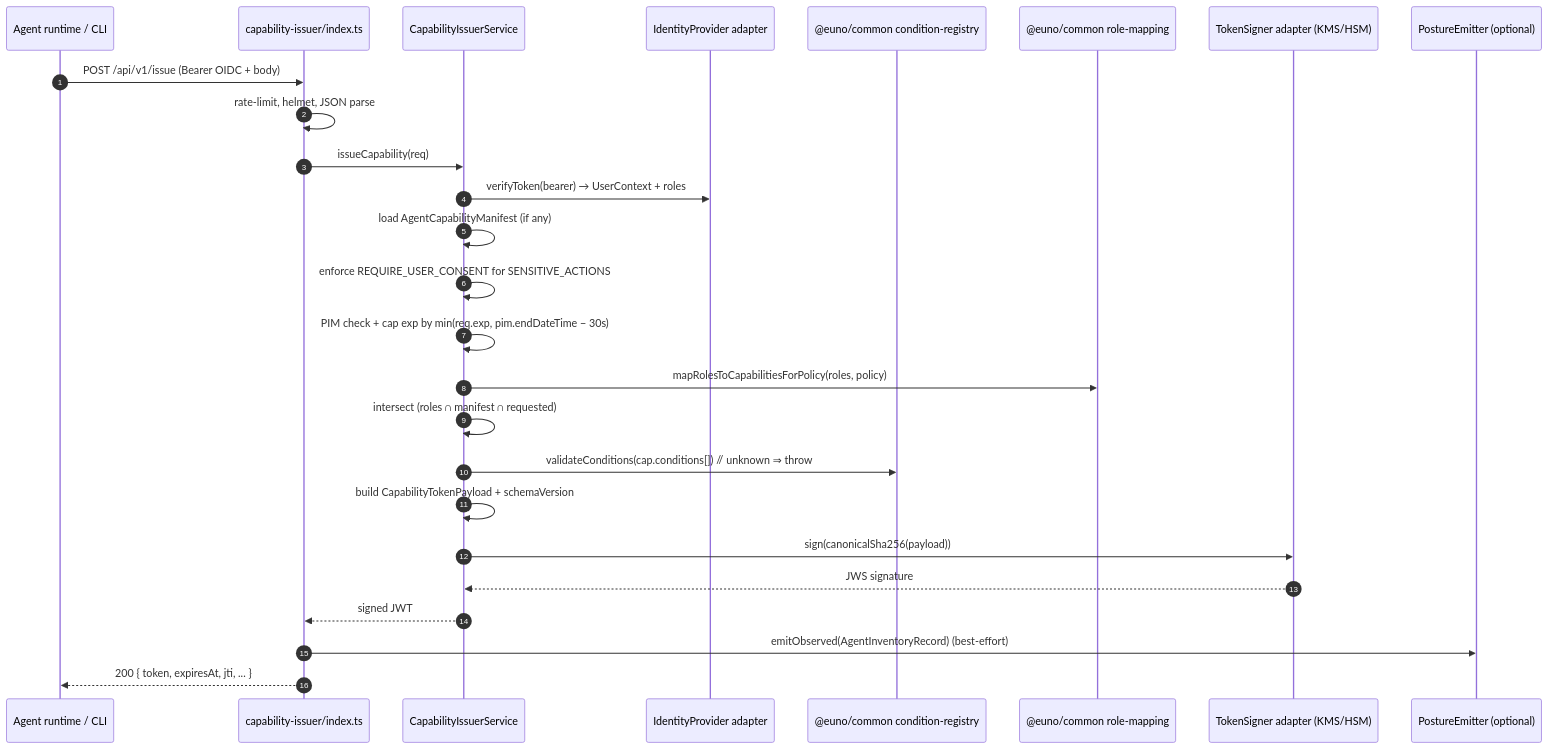
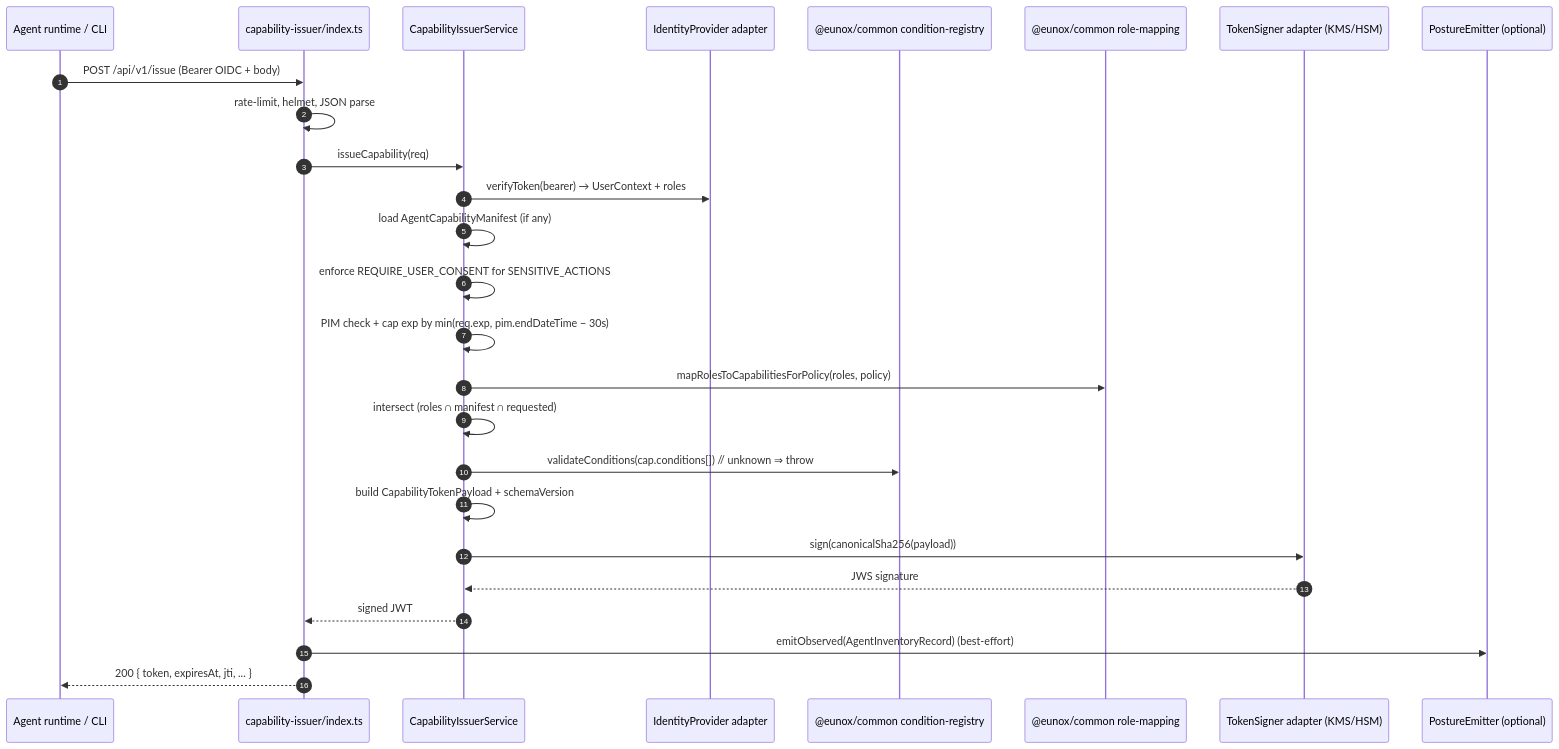
One commit to eunolabs/eunox changed the eighth of 14 diagrams in docs/ARCHITECTURE.md. Above: the diagram before and after it, drawn with Mermaid. The commit also changed other lines of this file and 49 other files, not shown here.

Commit message:
rename euno to eunox in docs

````diff
--- a/docs/ARCHITECTURE.md
+++ b/docs/ARCHITECTURE.md
@@ -409,29 +409,29 @@
 ```mermaid
 sequenceDiagram
     autonumber
     participant Caller as Agent runtime / CLI
     participant API as capability-issuer/index.ts
     participant Svc as CapabilityIssuerService
     participant IdP as IdentityProvider adapter
-    participant Cond as @euno/common condition-registry
-    participant Roles as @euno/common role-mapping
+    participant Cond as @eunox/common condition-registry
+    participant Roles as @eunox/common role-mapping
     participant KMS as TokenSigner adapter (KMS/HSM)
     participant Post as PostureEmitter (optional)
 
     Caller->>API: POST /api/v1/issue (Bearer OIDC + body)
     API->>API: rate-limit, helmet, JSON parse
     API->>Svc: issueCapability(req)
     Svc->>IdP: verifyToken(bearer) → UserContext + roles
     Svc->>Svc: load AgentCapabilityManifest (if any)
     Svc->>Svc: enforce REQUIRE_USER_CONSENT for SENSITIVE_ACTIONS
     Svc->>Svc: PIM check + cap exp by min(req.exp, pim.endDateTime − 30s)
     Svc->>Roles: mapRolesToCapabilitiesForPolicy(roles, policy)
     Svc->>Svc: intersect (roles ∩ manifest ∩ requested)
     Svc->>Cond: validateConditions(cap.conditions[])  // unknown ⇒ throw
     Svc->>Svc: build CapabilityTokenPayload + schemaVersion
     Svc->>KMS: sign(canonicalSha256(payload))
     KMS-->>Svc: JWS signature
     Svc-->>API: signed JWT
     API->>Post: emitObserved(AgentInventoryRecord)  (best-effort)
     API-->>Caller: 200 { token, expiresAt, jti, ... }
 ```
````
